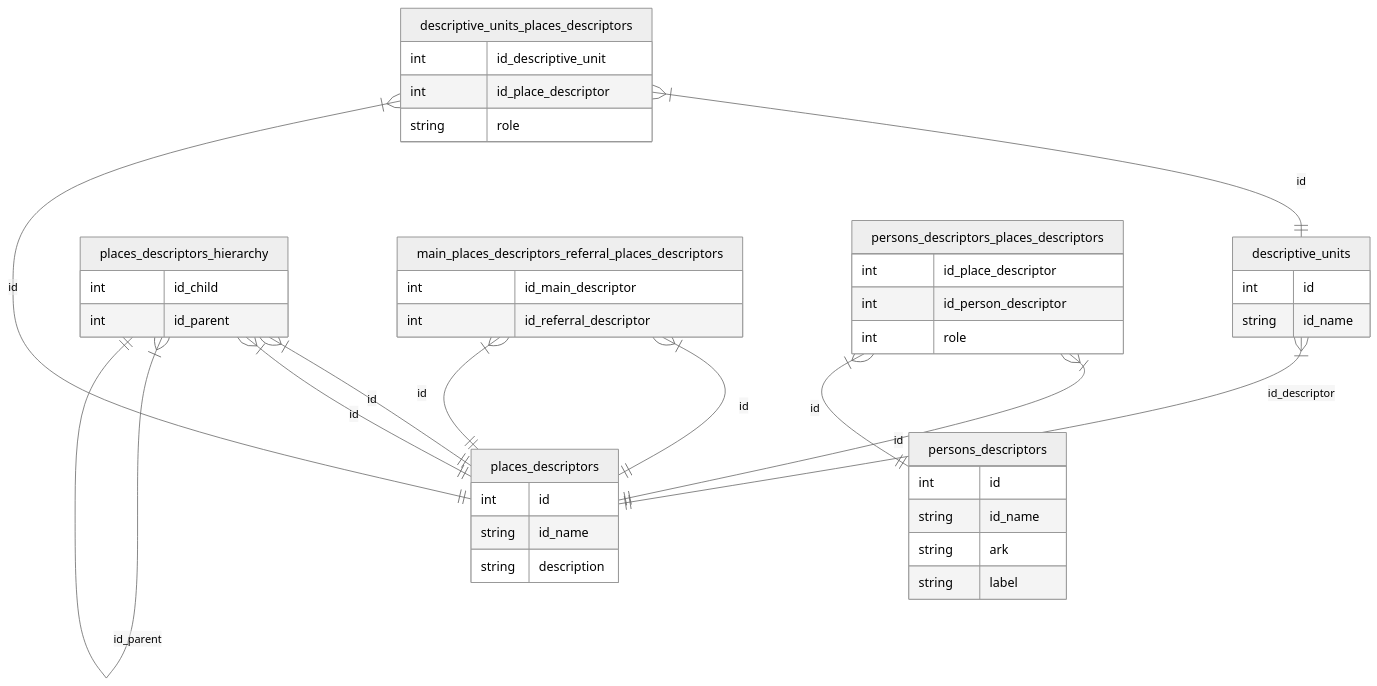
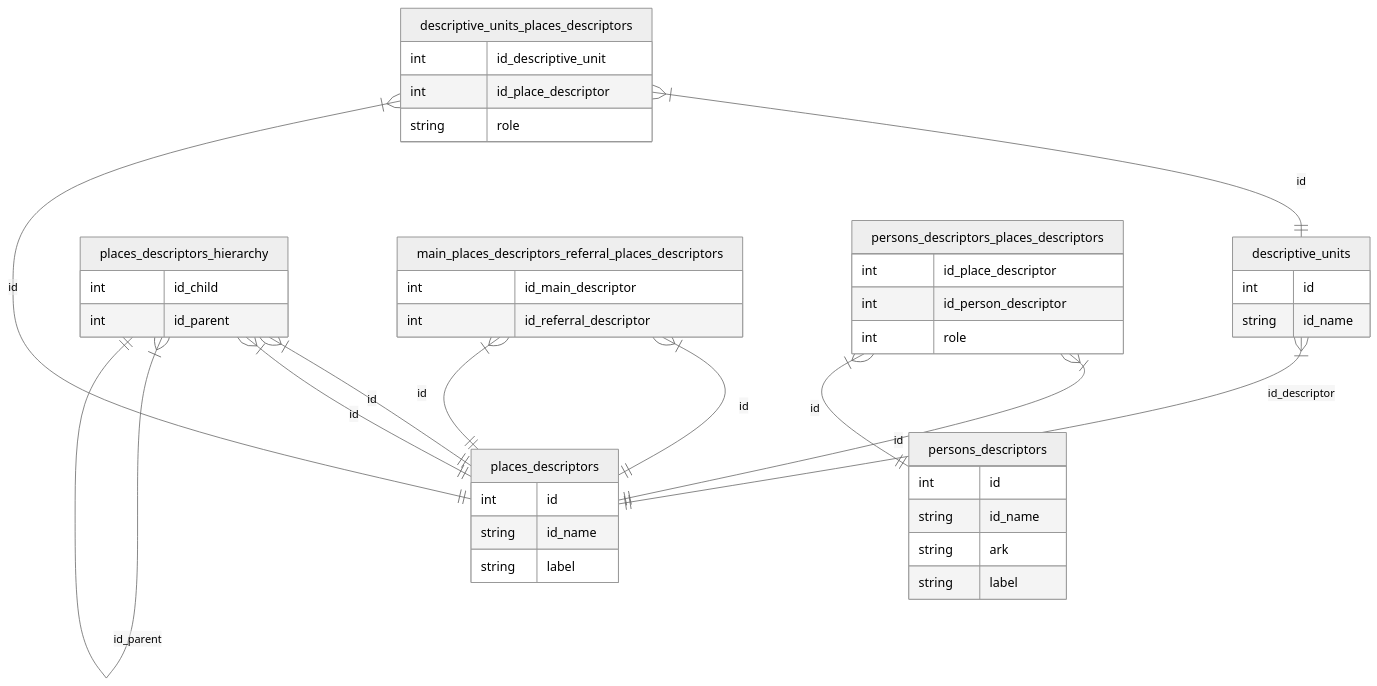
Before and after one commit to burgerbibliothek/glamhack26: the diagram in data/README.md, drawn with Mermaid (neutral theme).

````diff
--- a/data/README.md
+++ b/data/README.md
@@ -10,46 +10,46 @@
 ```mermaid
 erDiagram
     descriptive_units }|--|| places_descriptors : id_descriptor
     descriptive_units_places_descriptors }|--|| descriptive_units : id
     descriptive_units_places_descriptors }|--|| places_descriptors : id
     places_descriptors_hierarchy }|--|| places_descriptors : id
     places_descriptors_hierarchy }|--|| places_descriptors : id
     places_descriptors_hierarchy }|--|| places_descriptors_hierarchy : id_parent
     main_places_descriptors_referral_places_descriptors }|--|| places_descriptors : id
     main_places_descriptors_referral_places_descriptors }|--|| places_descriptors : id
     persons_descriptors_places_descriptors }|--|| places_descriptors : id
     persons_descriptors_places_descriptors }|--|| persons_descriptors : id
     descriptive_units {
         int id
         string id_name
     }
     descriptive_units_places_descriptors {
         int id_descriptive_unit
         int id_place_descriptor
         string role
     }
     places_descriptors {
         int id
         string id_name
-        string description
+        string label
     }
     persons_descriptors {
         int id
         string id_name
         string ark
         string label
     }
     persons_descriptors_places_descriptors{
         int id_place_descriptor
         int id_person_descriptor
         int role
     }
     main_places_descriptors_referral_places_descriptors{
         int id_main_descriptor
         int id_referral_descriptor
     }
     places_descriptors_hierarchy{
         int id_child
         int id_parent
     }
 ```
````
